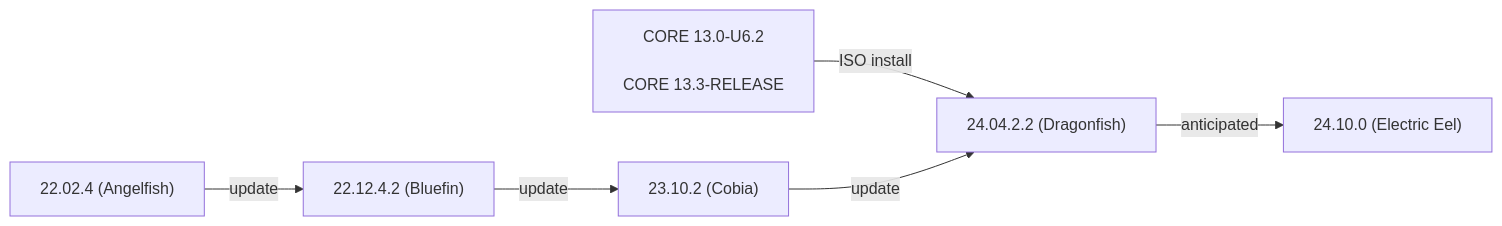
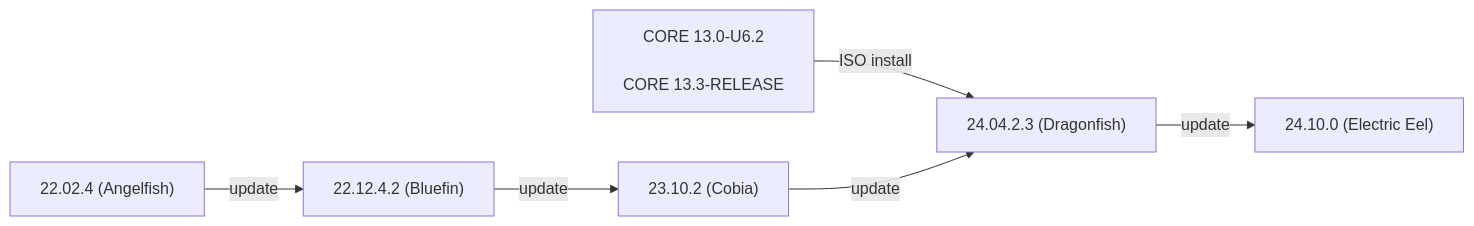
Before and after one commit to truenas/documentation: the first of 2 diagrams in static/includes/SCALEUpgradePaths.md, drawn with Mermaid. The commit also changed other lines of this file and 20 other files, not shown here.

```diff
--- a/static/includes/SCALEUpgradePaths.md
+++ b/static/includes/SCALEUpgradePaths.md
@@ -49,9 +49,9 @@
           {{< mermaid class="mermaid_sizing" >}}
           flowchart LR
             A["22.02.4 (Angelfish)"] -->|update| C
             B["CORE 13.0-U6.2<br><br>CORE 13.3-RELEASE"] -->|ISO install| E
             C["22.12.4.2 (Bluefin)"] -->|update| D
             D["23.10.2 (Cobia)"] -->|update| E
-            E["24.04.2.2 (Dragonfish)"] -->|anticipated| H
+            E["24.04.2.3 (Dragonfish)"] -->|update| H
             H["24.10.0 (Electric Eel)"]
           {{< /mermaid >}}
```
